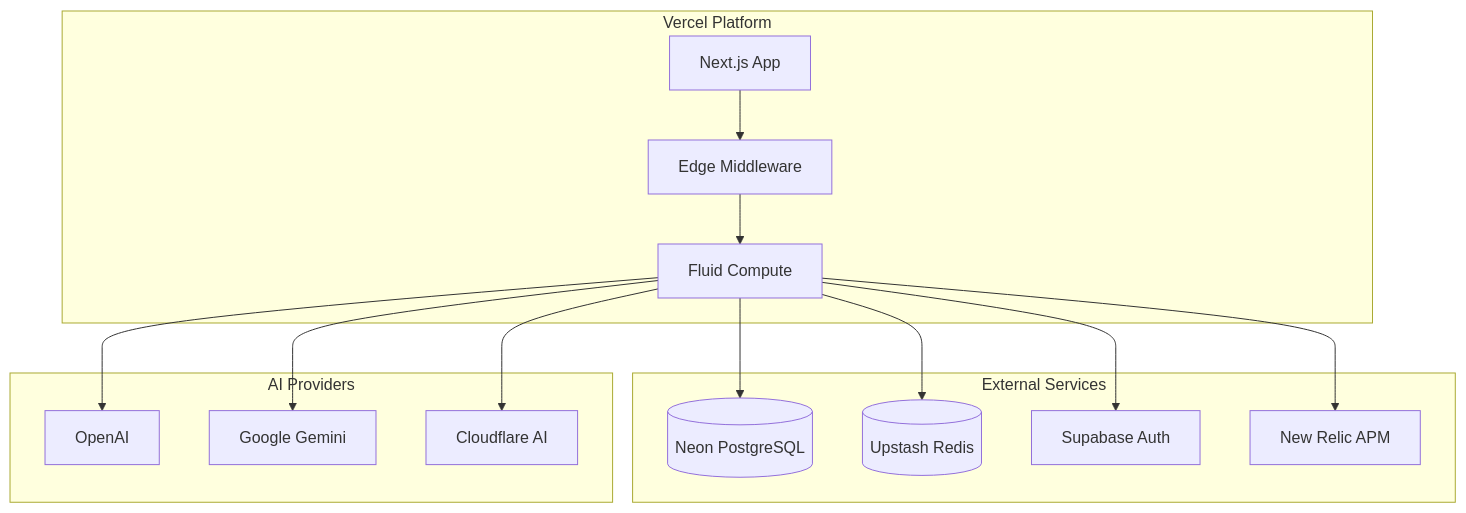
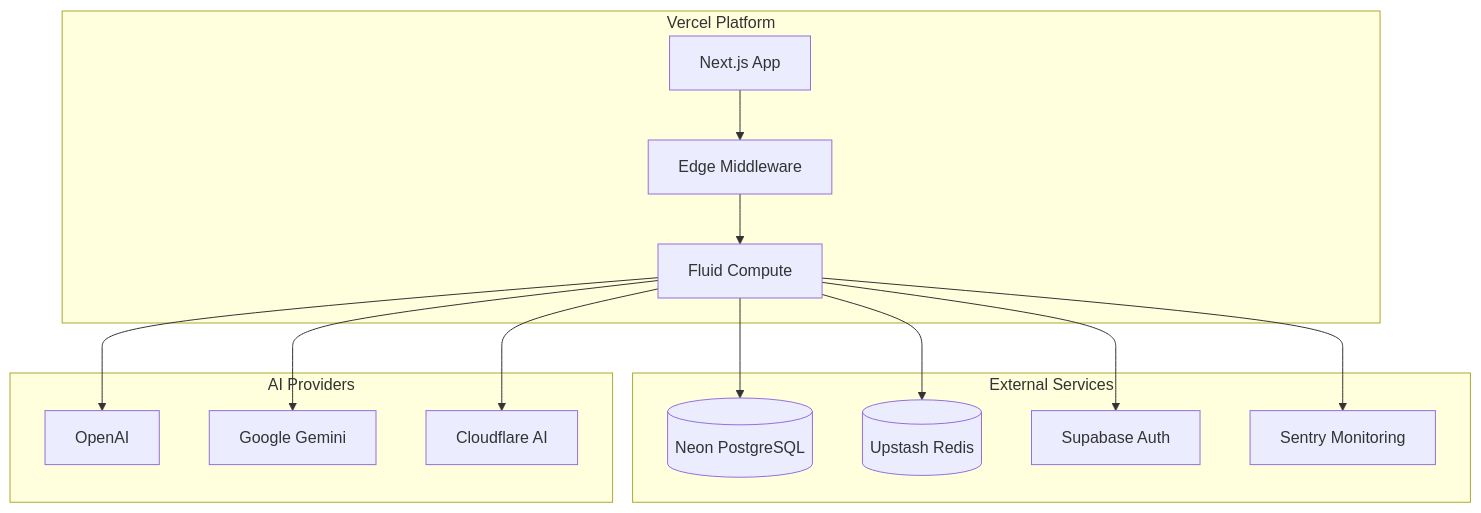
One commit to NICxKMS/nextjs-ai-chatbot changed the diagram in docs/deployment.md. Above: the diagram before and after it, drawn with Mermaid. The commit also changed other lines of this file and 107 other files, not shown here.

````diff
--- a/docs/deployment.md
+++ b/docs/deployment.md
@@ -7,31 +7,31 @@
 ```mermaid
 flowchart TB
     subgraph Vercel["Vercel Platform"]
         Next[Next.js App]
         Edge[Edge Middleware]
         Fluid[Fluid Compute]
     end
 
     subgraph External["External Services"]
         Neon[(Neon PostgreSQL)]
         Upstash[(Upstash Redis)]
         Supabase[Supabase Auth]
-        NewRelic[New Relic APM]
+        Sentry[Sentry Monitoring]
     end
 
     subgraph AI["AI Providers"]
         OpenAI[OpenAI]
         Google[Google Gemini]
         CF[Cloudflare AI]
     end
 
     Next --> Edge
     Edge --> Fluid
     Fluid --> Neon
     Fluid --> Upstash
     Fluid --> Supabase
-    Fluid --> NewRelic
+    Fluid --> Sentry
     Fluid --> OpenAI
     Fluid --> Google
     Fluid --> CF
 ```
````
